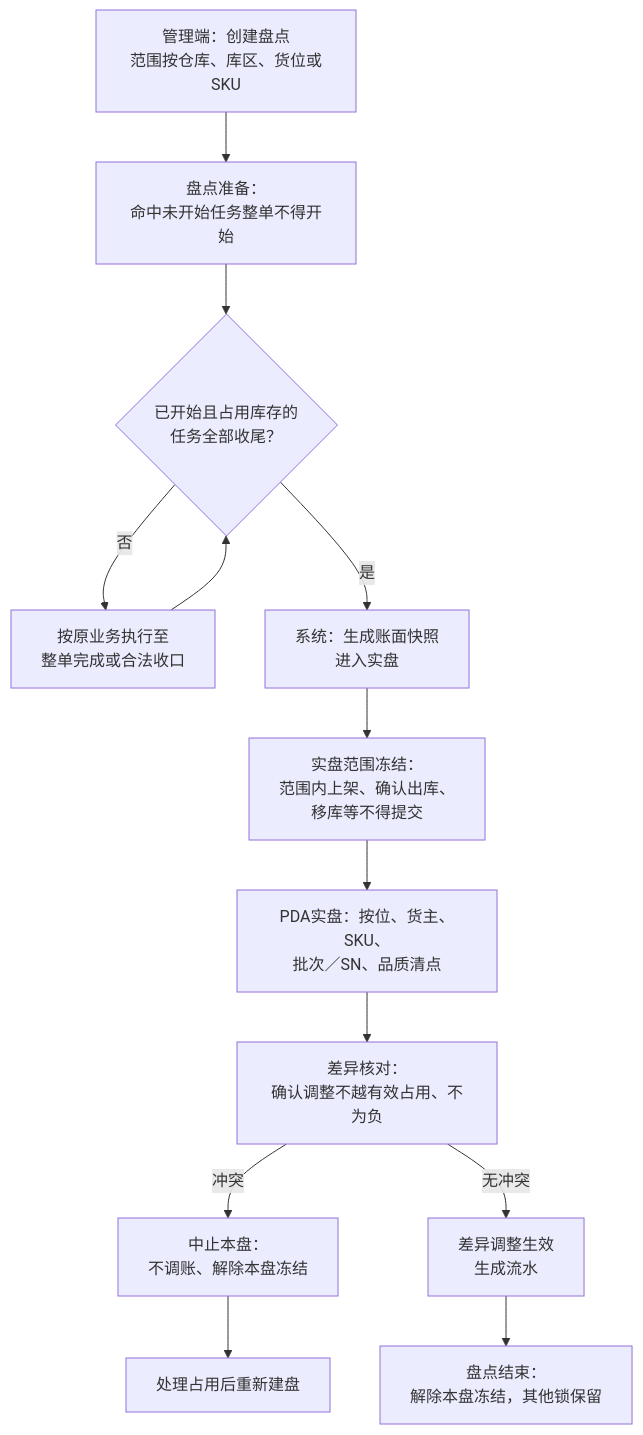
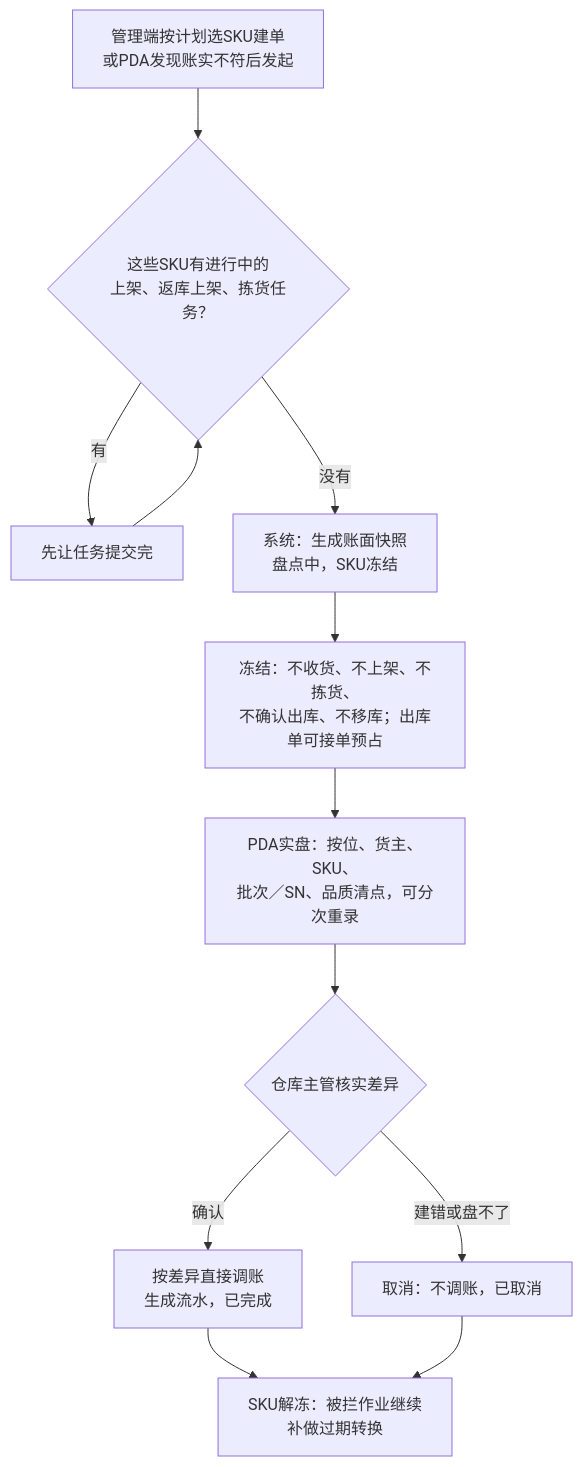
One commit to TopVitamin/QS-WMS-Project changed the sixth of 6 diagrams in 05-应用设计方案/20261002-MVP版本/系统架构设计/01-系统流程与单据交互.md. Above: the diagram before and after it, drawn with Mermaid. The commit also changed other lines of this file and 174 other files, not shown here.

````diff
--- a/05-应用设计方案/20261002-MVP版本/系统架构设计/01-系统流程与单据交互.md
+++ b/05-应用设计方案/20261002-MVP版本/系统架构设计/01-系统流程与单据交互.md
@@ -268,15 +266,14 @@
 ```mermaid
 flowchart TB
-    A[管理端：创建盘点<br/>范围按仓库、库区、货位或SKU] --> B[盘点准备：<br/>命中未开始任务整单不得开始]
-    B --> C{已开始且占用库存的<br/>任务全部收尾？}
-    C -->|否| D[按原业务执行至<br/>整单完成或合法收口]
+    A[管理端按计划选SKU建单<br/>或PDA发现账实不符后发起] --> C{这些SKU有进行中的<br/>上架、返库上架、拣货任务？}
+    C -->|有| D[先让任务提交完]
     D --> C
-    C -->|是| E[系统：生成账面快照<br/>进入实盘]
-    E --> F[实盘范围冻结：<br/>范围内上架、确认出库、<br/>移库等不得提交]
-    F --> G[PDA实盘：按位、货主、SKU、<br/>批次／SN、品质清点]
-    G --> H[差异核对：<br/>确认调整不越有效占用、不为负]
-    H -->|冲突| I[中止本盘：<br/>不调账、解除本盘冻结]
-    I --> J[处理占用后重新建盘]
-    H -->|无冲突| K[差异调整生效<br/>生成流水]
-    K --> L[盘点结束：<br/>解除本盘冻结，其他锁保留]
+    C -->|没有| E[系统：生成账面快照<br/>盘点中，SKU冻结]
+    E --> F[冻结：不收货、不上架、不拣货、<br/>不确认出库、不移库；出库单可接单预占]
+    F --> G[PDA实盘：按位、货主、SKU、<br/>批次／SN、品质清点，可分次重录]
+    G --> H{仓库主管核实差异}
+    H -->|确认| K[按差异直接调账<br/>生成流水，已完成]
+    H -->|建错或盘不了| I[取消：不调账，已取消]
+    K --> L[SKU解冻：被拦作业继续<br/>补做过期转换]
+    I --> L
 ```
````
